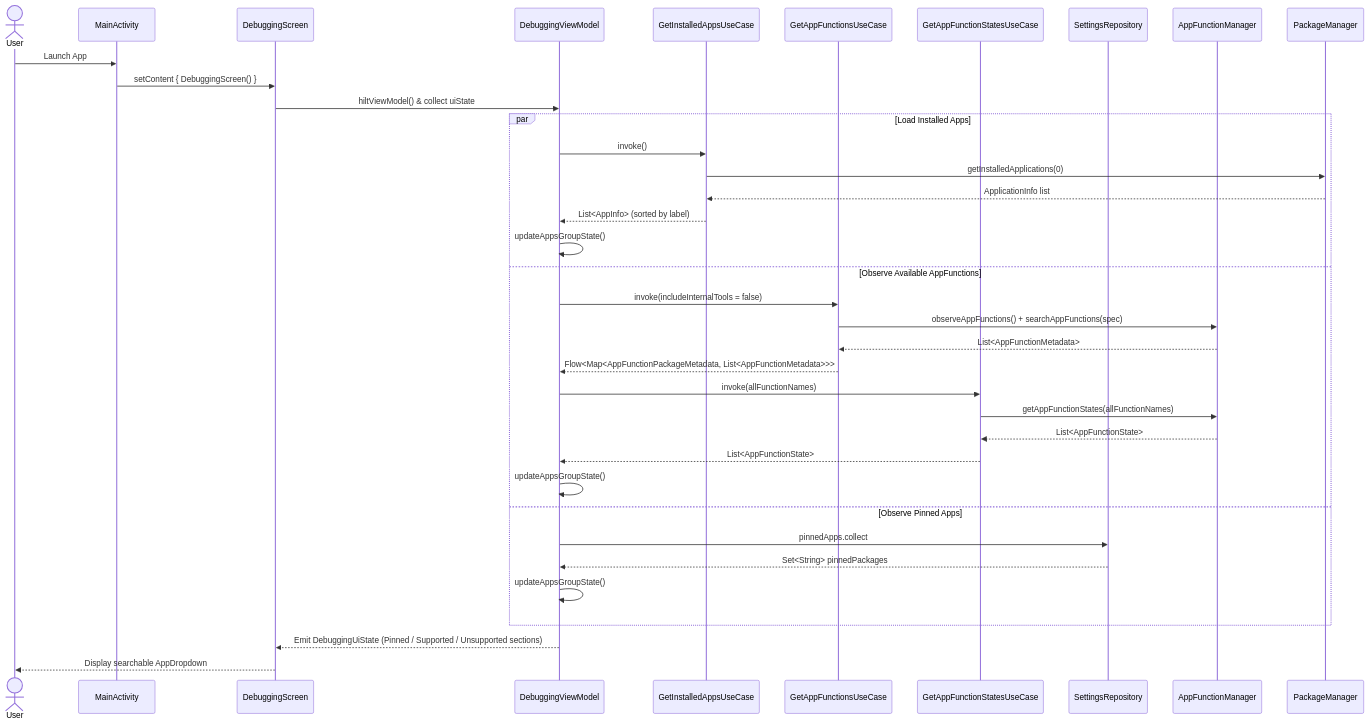
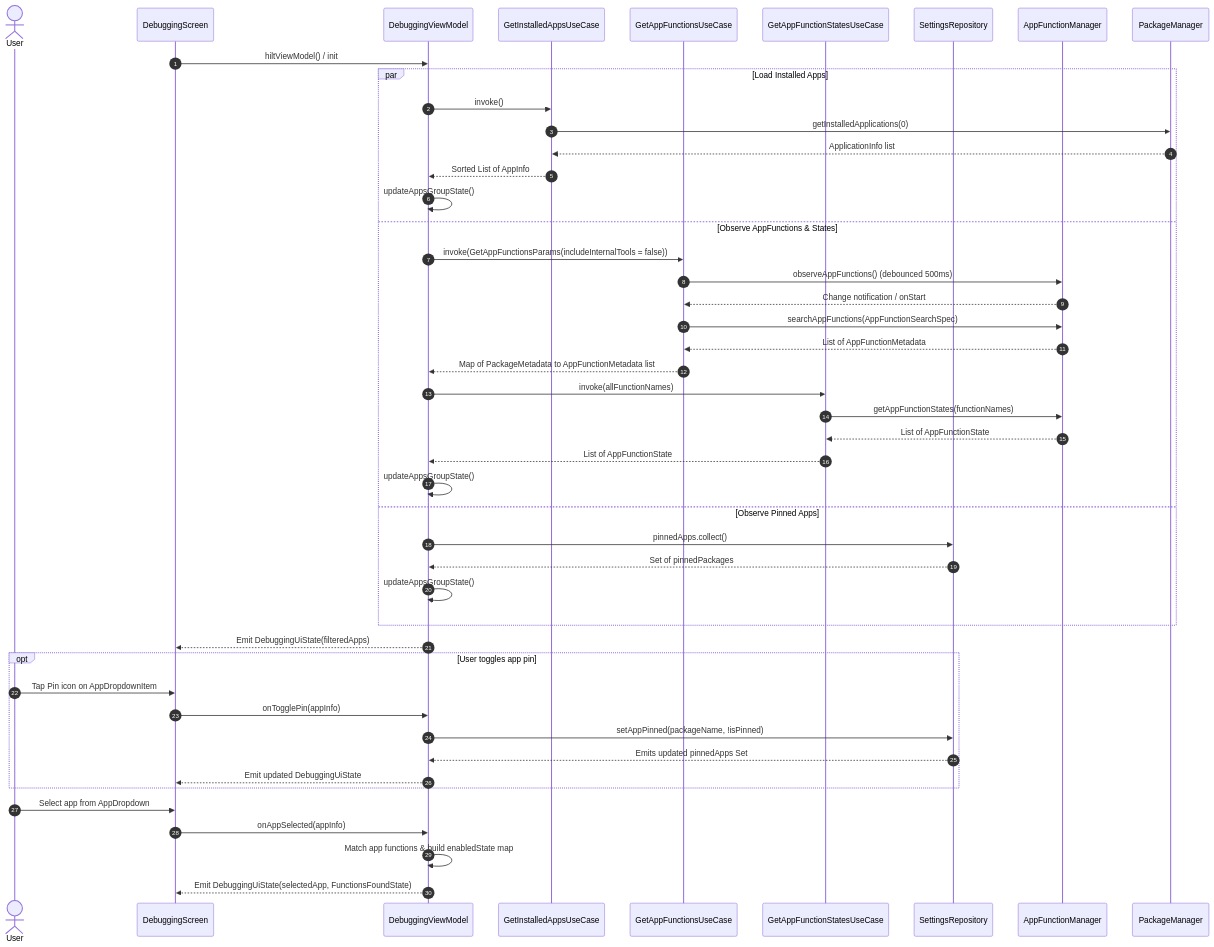
The fifth of 7 diagrams in uml_diagrams.md (petermarusys/AppFuncEx), drawn with Mermaid before and after one commit. The commit also changed other lines of this file and 8 other files, not shown here.

````diff
--- a/uml_diagrams.md
+++ b/uml_diagrams.md
@@ -452,42 +536,54 @@
 ```mermaid
 sequenceDiagram
+    autonumber
     actor User
-    participant Activity as MainActivity
     participant Screen as DebuggingScreen
     participant VM as DebuggingViewModel
     participant InstalledUC as GetInstalledAppsUseCase
     participant FuncsUC as GetAppFunctionsUseCase
     participant StatesUC as GetAppFunctionStatesUseCase
     participant Settings as SettingsRepository
     participant AFM as AppFunctionManager
     participant PM as PackageManager
 
-    User->>Activity: Launch App
-    Activity->>Screen: setContent { DebuggingScreen() }
-    Screen->>VM: hiltViewModel() & collect uiState
+    Screen->>VM: hiltViewModel() / init
 
     par Load Installed Apps
         VM->>InstalledUC: invoke()
         InstalledUC->>PM: getInstalledApplications(0)
         PM-->>InstalledUC: ApplicationInfo list
-        InstalledUC-->>VM: List<AppInfo> (sorted by label)
+        InstalledUC-->>VM: Sorted List of AppInfo
         VM->>VM: updateAppsGroupState()
-    and Observe Available AppFunctions
-        VM->>FuncsUC: invoke(includeInternalTools = false)
-        FuncsUC->>AFM: observeAppFunctions() + searchAppFunctions(spec)
-        AFM-->>FuncsUC: List<AppFunctionMetadata>
-        FuncsUC-->>VM: Flow<Map<AppFunctionPackageMetadata, List<AppFunctionMetadata>>>
+    and Observe AppFunctions & States
+        VM->>FuncsUC: invoke(GetAppFunctionsParams(includeInternalTools = false))
+        FuncsUC->>AFM: observeAppFunctions() (debounced 500ms)
+        AFM-->>FuncsUC: Change notification / onStart
+        FuncsUC->>AFM: searchAppFunctions(AppFunctionSearchSpec)
+        AFM-->>FuncsUC: List of AppFunctionMetadata
+        FuncsUC-->>VM: Map of PackageMetadata to AppFunctionMetadata list
         VM->>StatesUC: invoke(allFunctionNames)
-        StatesUC->>AFM: getAppFunctionStates(allFunctionNames)
-        AFM-->>StatesUC: List<AppFunctionState>
-        StatesUC-->>VM: List<AppFunctionState>
+        StatesUC->>AFM: getAppFunctionStates(functionNames)
+        AFM-->>StatesUC: List of AppFunctionState
+        StatesUC-->>VM: List of AppFunctionState
         VM->>VM: updateAppsGroupState()
     and Observe Pinned Apps
-        VM->>Settings: pinnedApps.collect
-        Settings-->>VM: Set<String> pinnedPackages
+        VM->>Settings: pinnedApps.collect()
+        Settings-->>VM: Set of pinnedPackages
         VM->>VM: updateAppsGroupState()
     end
 
-    VM-->>Screen: Emit DebuggingUiState (Pinned / Supported / Unsupported sections)
-    Screen-->>User: Display searchable AppDropdown
+    VM-->>Screen: Emit DebuggingUiState(filteredApps)
+
+    opt User toggles app pin
+        User->>Screen: Tap Pin icon on AppDropdownItem
+        Screen->>VM: onTogglePin(appInfo)
+        VM->>Settings: setAppPinned(packageName, !isPinned)
+        Settings-->>VM: Emits updated pinnedApps Set
+        VM-->>Screen: Emit updated DebuggingUiState
+    end
+
+    User->>Screen: Select app from AppDropdown
+    Screen->>VM: onAppSelected(appInfo)
+    VM->>VM: Match app functions & build enabledState map
+    VM-->>Screen: Emit DebuggingUiState(selectedApp, FunctionsFoundState)
 ```
````
